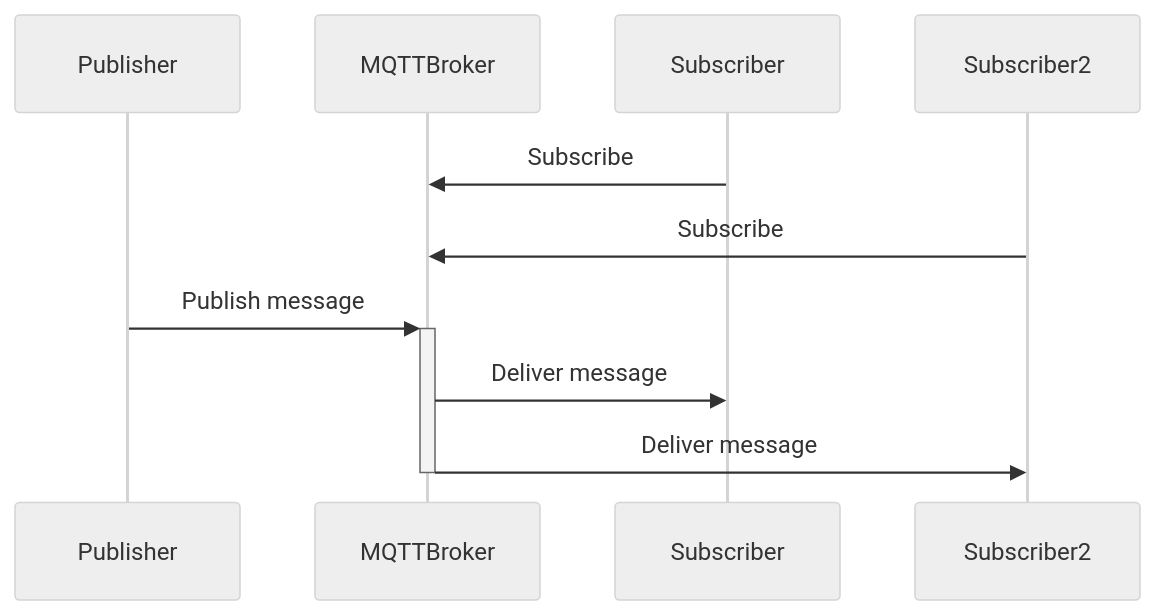
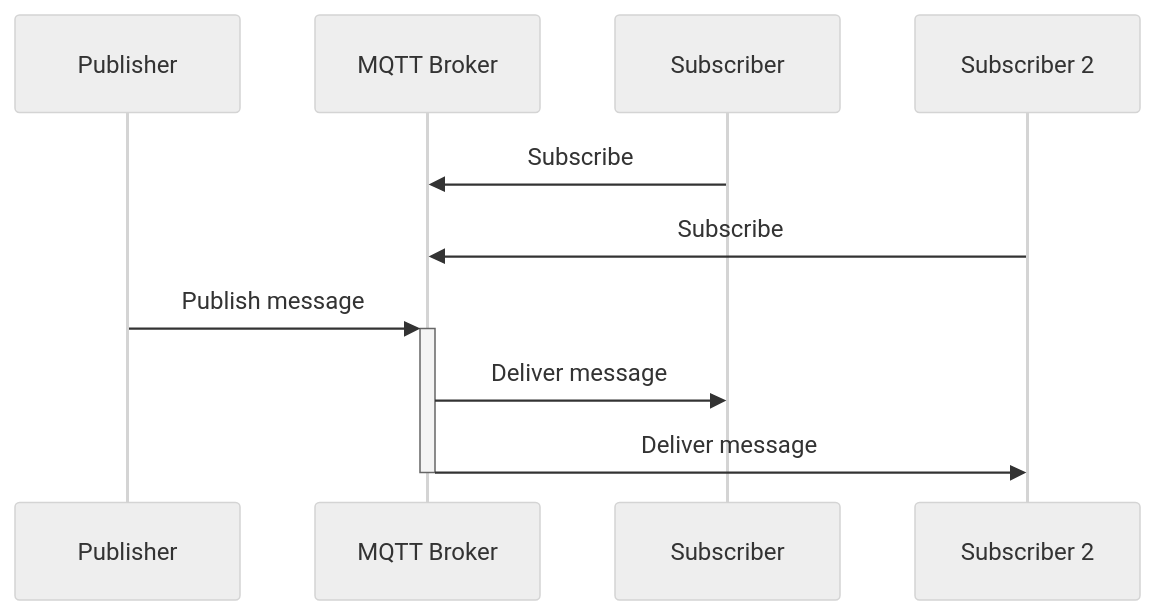
The first of 2 diagrams in slides.md (xiduzo/presentation-mqtt), drawn with Mermaid (neutral theme) before and after one commit. The commit also changed other lines of this file and 4 other files, not shown here.

````diff
--- a/slides.md
+++ b/slides.md
@@ -47,13 +47,13 @@
 ```mermaid
 sequenceDiagram
   participant Publisher
-  participant MQTTBroker
+  participant MQTT Broker
   participant Subscriber
-  participant Subscriber2
+  participant Subscriber 2
 
-  Subscriber->>MQTTBroker: Subscribe
-  Subscriber2->>MQTTBroker: Subscribe
-  Publisher->>+MQTTBroker: Publish message
-  MQTTBroker->>Subscriber: Deliver message
-  MQTTBroker->>-Subscriber2: Deliver message
+  Subscriber->>MQTT Broker: Subscribe
+  Subscriber 2->>MQTT Broker: Subscribe
+  Publisher->>+MQTT Broker: Publish message
+  MQTT Broker->>Subscriber: Deliver message
+  MQTT Broker->>-Subscriber 2: Deliver message
 ```
````
